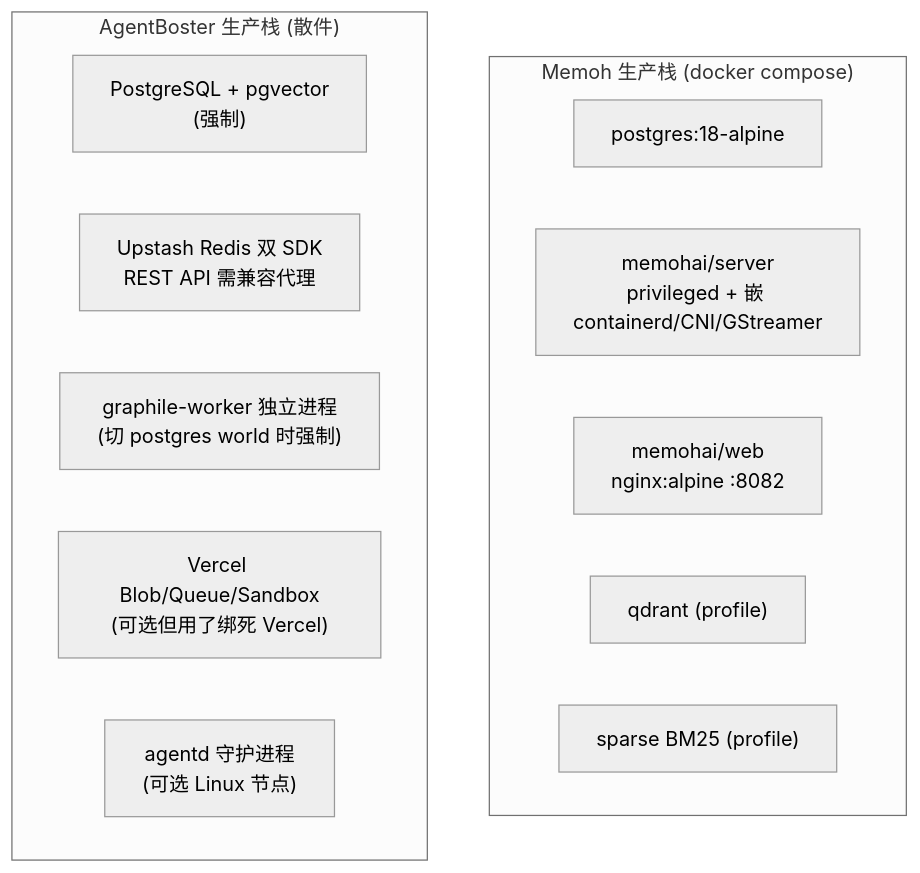
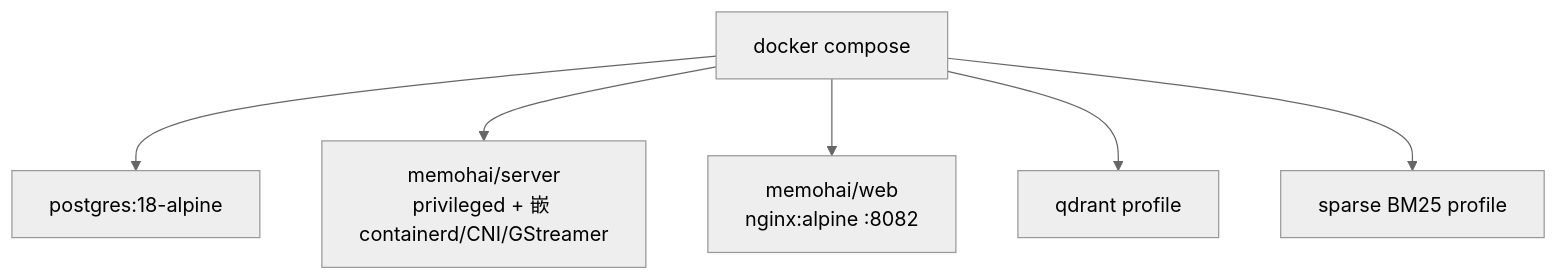
Diagram 19 of 32 in docs/memoh-vs-agentboster.md (NekoSekaiMoe/agentboster), drawn with Mermaid (neutral theme) before and after one commit. The commit also changed other lines of this file, not shown here.

````diff
--- a/docs/memoh-vs-agentboster.md
+++ b/docs/memoh-vs-agentboster.md
@@ -232,17 +277,8 @@
 ```mermaid
 flowchart TB
-    subgraph Memoh["Memoh 生产栈 (docker compose)"]
-        MP["postgres:18-alpine"]
-        MSrv["memohai/server<br/>privileged + 嵌 containerd/CNI/GStreamer"]
-        MWeb["memohai/web<br/>nginx:alpine :8082"]
-        MQ["qdrant (profile)"]
-        MSparse["sparse BM25 (profile)"]
-    end
-    subgraph AgentBoster["AgentBoster 生产栈 (散件)"]
-        AP["PostgreSQL + pgvector<br/>(强制)"]
-        AR1["Upstash Redis 双 SDK<br/>REST API 需兼容代理"]
-        AG["graphile-worker 独立进程<br/>(切 postgres world 时强制)"]
-        AV["Vercel Blob/Queue/Sandbox<br/>(可选但用了绑死 Vercel)"]
-        AD1["agentd 守护进程<br/>(可选 Linux 节点)"]
-    end
+    A1["docker compose"] --> A2["postgres:18-alpine"]
+    A1 --> A3["memohai/server<br/>privileged + 嵌 containerd/CNI/GStreamer"]
+    A1 --> A4["memohai/web<br/>nginx:alpine :8082"]
+    A1 --> A5["qdrant profile"]
+    A1 --> A6["sparse BM25 profile"]
 ```
````
